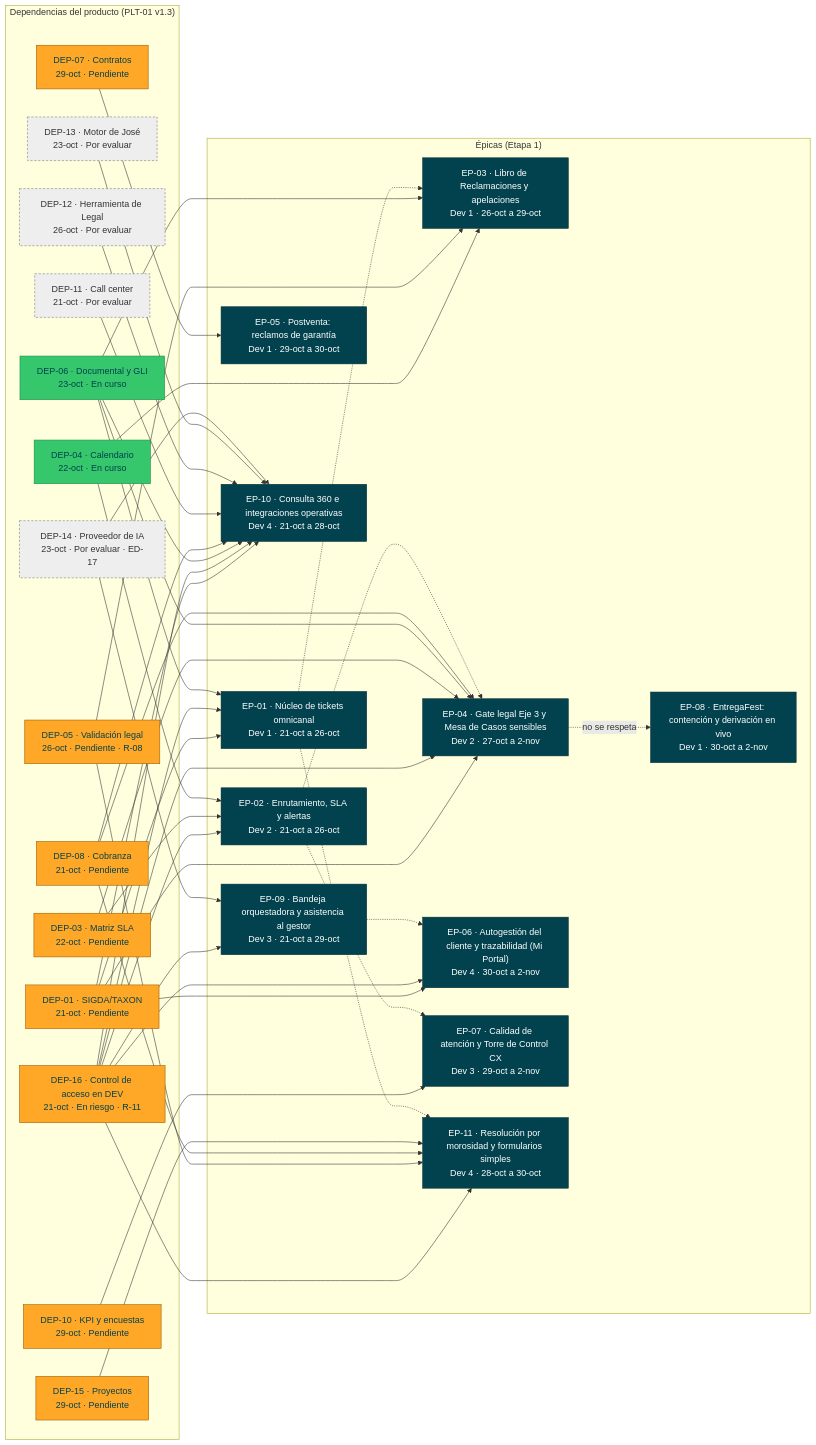
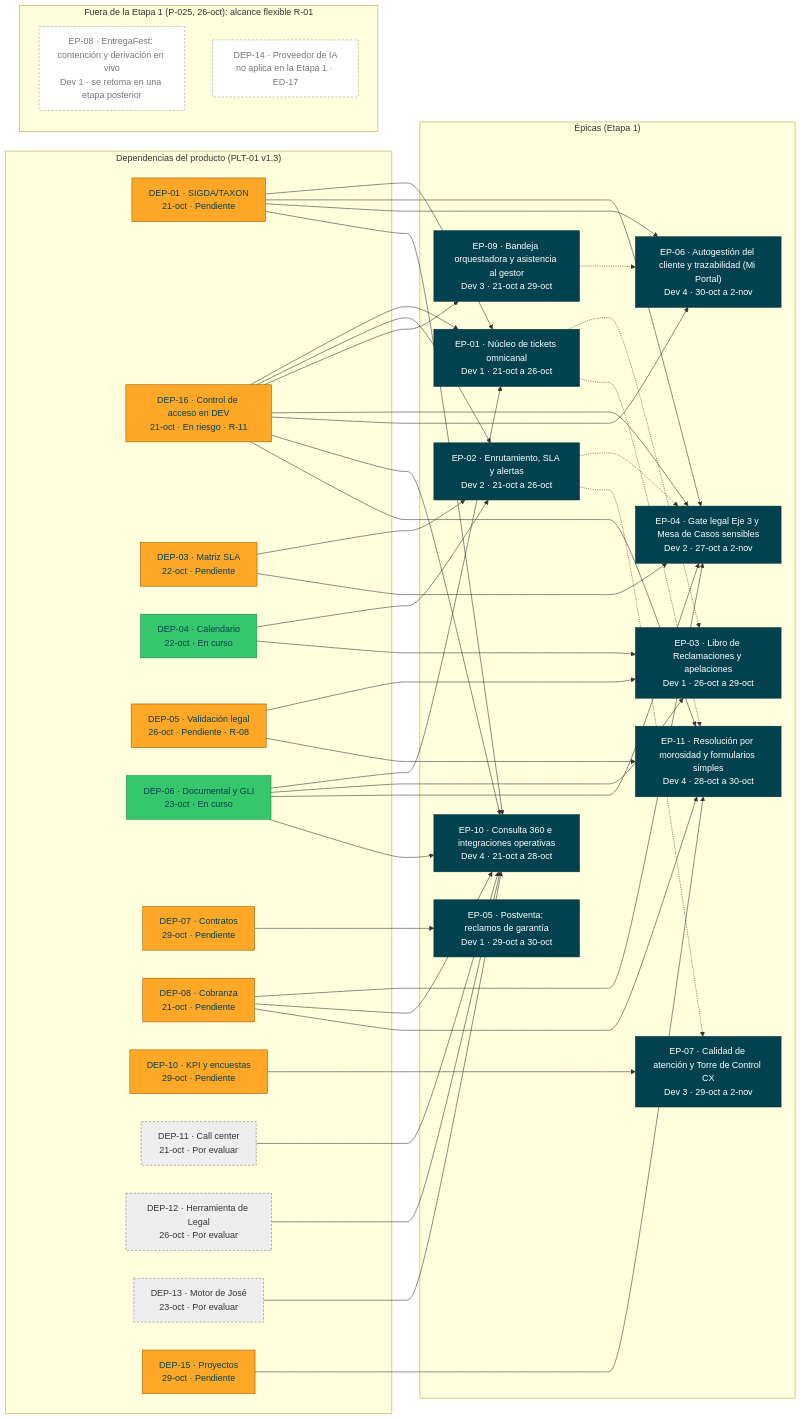
Before and after one commit to michel-poma-huachihuaco/tyc-mockup: the diagram in propuesta-po/documentacion/paquete-definir-etapa1-v1.3/roadmap/dependencias.mmd, drawn with Mermaid. The commit also changed 97 other files, not shown here.

```diff
--- a/propuesta-po/documentacion/paquete-definir-etapa1-v1.3/roadmap/dependencias.mmd
+++ b/propuesta-po/documentacion/paquete-definir-etapa1-v1.3/roadmap/dependencias.mmd
@@ -1,90 +1,92 @@
 flowchart LR
   subgraph Deps["Dependencias del producto (PLT-01 v1.3)"]
     DEP01["DEP-01 · SIGDA/TAXON<br/>21-oct · Pendiente"]
     DEP16["DEP-16 · Control de acceso en DEV<br/>21-oct · En riesgo · R-11"]
     DEP03["DEP-03 · Matriz SLA<br/>22-oct · Pendiente"]
     DEP04["DEP-04 · Calendario<br/>22-oct · En curso"]
     DEP05["DEP-05 · Validación legal<br/>26-oct · Pendiente · R-08"]
     DEP06["DEP-06 · Documental y GLI<br/>23-oct · En curso"]
     DEP07["DEP-07 · Contratos<br/>29-oct · Pendiente"]
     DEP08["DEP-08 · Cobranza<br/>21-oct · Pendiente"]
     DEP10["DEP-10 · KPI y encuestas<br/>29-oct · Pendiente"]
     DEP11["DEP-11 · Call center<br/>21-oct · Por evaluar"]
     DEP12["DEP-12 · Herramienta de Legal<br/>26-oct · Por evaluar"]
     DEP13["DEP-13 · Motor de José<br/>23-oct · Por evaluar"]
-    DEP14["DEP-14 · Proveedor de IA<br/>23-oct · Por evaluar · ED-17"]
     DEP15["DEP-15 · Proyectos<br/>29-oct · Pendiente"]
   end
   subgraph Epicas["Épicas (Etapa 1)"]
     EPATC01["EP-01 · Núcleo de tickets omnicanal<br/>Dev 1 · 21-oct a 26-oct"]
     EPATC02["EP-02 · Enrutamiento, SLA y alertas<br/>Dev 2 · 21-oct a 26-oct"]
     EPATC03["EP-03 · Libro de Reclamaciones y apelaciones<br/>Dev 1 · 26-oct a 29-oct"]
     EPATC04["EP-04 · Gate legal Eje 3 y Mesa de Casos sensibles<br/>Dev 2 · 27-oct a 2-nov"]
     EPATC05["EP-05 · Postventa: reclamos de garantía<br/>Dev 1 · 29-oct a 30-oct"]
     EPATC06["EP-06 · Autogestión del cliente y trazabilidad (Mi Portal)<br/>Dev 4 · 30-oct a 2-nov"]
     EPATC07["EP-07 · Calidad de atención y Torre de Control CX<br/>Dev 3 · 29-oct a 2-nov"]
-    EPATC08["EP-08 · EntregaFest: contención y derivación en vivo<br/>Dev 1 · 30-oct a 2-nov"]
     EPATC09["EP-09 · Bandeja orquestadora y asistencia al gestor<br/>Dev 3 · 21-oct a 29-oct"]
     EPATC10["EP-10 · Consulta 360 e integraciones operativas<br/>Dev 4 · 21-oct a 28-oct"]
     EPATC11["EP-11 · Resolución por morosidad y formularios simples<br/>Dev 4 · 28-oct a 30-oct"]
+  end
+  subgraph Fuera["Fuera de la Etapa 1 (P-025, 26-oct): alcance flexible R-01"]
+    EPATC08["EP-08 · EntregaFest: contención y derivación en vivo<br/>Dev 1 · se retoma en una etapa posterior"]
+    DEP14["DEP-14 · Proveedor de IA<br/>no aplica en la Etapa 1 · ED-17"]
   end
   DEP01 --> EPATC01
   DEP01 --> EPATC04
   DEP01 --> EPATC06
   DEP01 --> EPATC10
   DEP16 --> EPATC01
   DEP16 --> EPATC02
   DEP16 --> EPATC09
   DEP16 --> EPATC04
   DEP16 --> EPATC06
   DEP16 --> EPATC10
   DEP16 --> EPATC11
   DEP03 --> EPATC02
   DEP03 --> EPATC04
   DEP04 --> EPATC02
   DEP04 --> EPATC03
   DEP05 --> EPATC03
   DEP05 --> EPATC11
   DEP06 --> EPATC01
   DEP06 --> EPATC03
   DEP06 --> EPATC04
   DEP06 --> EPATC10
   DEP07 --> EPATC05
   DEP08 --> EPATC04
   DEP08 --> EPATC10
   DEP08 --> EPATC11
   DEP10 --> EPATC07
   DEP11 --> EPATC10
   DEP12 --> EPATC10
   DEP13 --> EPATC10
-  DEP14 --> EPATC09
-  DEP14 --> EPATC10
   DEP15 --> EPATC11
   EPATC01 -..-> EPATC03
   EPATC01 -..-> EPATC11
   EPATC02 -..-> EPATC04
   EPATC02 -..-> EPATC07
   EPATC09 -..-> EPATC06
-  EPATC04 -. no se respeta .-> EPATC08
   classDef pend fill:#FFA726,stroke:#9A5B00,color:#02424E
   classDef curso fill:#36C76C,stroke:#1B8A4A,color:#02424E
   classDef eval fill:#EEEEEE,stroke:#777,color:#333,stroke-dasharray:4 3
   classDef ep fill:#02424E,stroke:#012F38,color:#FFFFFF
+  classDef fuera fill:#FFFFFF,stroke:#999,color:#777,stroke-dasharray:4 3
   class DEP01 pend
   class DEP16 pend
   class DEP03 pend
   class DEP04 curso
   class DEP05 pend
   class DEP06 curso
   class DEP07 pend
   class DEP08 pend
   class DEP10 pend
   class DEP11 eval
   class DEP12 eval
   class DEP13 eval
-  class DEP14 eval
+  class DEP14 fuera
   class DEP15 pend
-  class EPATC01,EPATC02,EPATC03,EPATC04,EPATC05,EPATC06,EPATC07,EPATC08,EPATC09,EPATC10,EPATC11 ep
+  class EPATC01,EPATC02,EPATC03,EPATC04,EPATC05,EPATC06,EPATC07,EPATC09,EPATC10,EPATC11 ep
+  class EPATC08 fuera
 %% 0.4 · 2026-10-26 · Brayan Hurtado, con IA (Claude) · DEP-16 «en riesgo» y sus épicas desde las 23 HU que la tienen (C-12). — Revisado por: (pendiente)
 %% 0.5 · 2026-10-26 · Brayan Hurtado, con IA (Claude) · La DEP-16 la tienen 24 HU (suma HU-049, RN-SVC-036; P-034); sus épicas no cambian. Las épicas siguen con las 6 dependencias lógicas del PO (Gantt del PLT-01 y PLT-02). — Revisado por: (pendiente)
 %% 0.6 · 2026-10-26 · Brayan Hurtado, con IA (Claude) · DEP-16 como riesgo aceptado con mitigación (R-11, ED-08), DEP-05 con R-08 (ED-13) y DEP-14 con proveedor decidido (ED-17), según `analisis/decisiones.md` v0.7. — Revisado por: (pendiente)
+%% 0.7 · 2026-10-26 · Brayan Hurtado, con IA (Claude) · P-025 decidida por el equipo (`analisis/decisiones.md` v0.8): EP-08 y DEP-14 pasan al grupo «Fuera de la Etapa 1», sin flechas; salen DEP-14 → EP-09, DEP-14 → EP-10 y EP-04 → EP-08. En la Etapa 1 quedan 10 épicas, 13 dependencias del producto y 5 dependencias lógicas entre épicas. — Revisado por: (pendiente)
```
